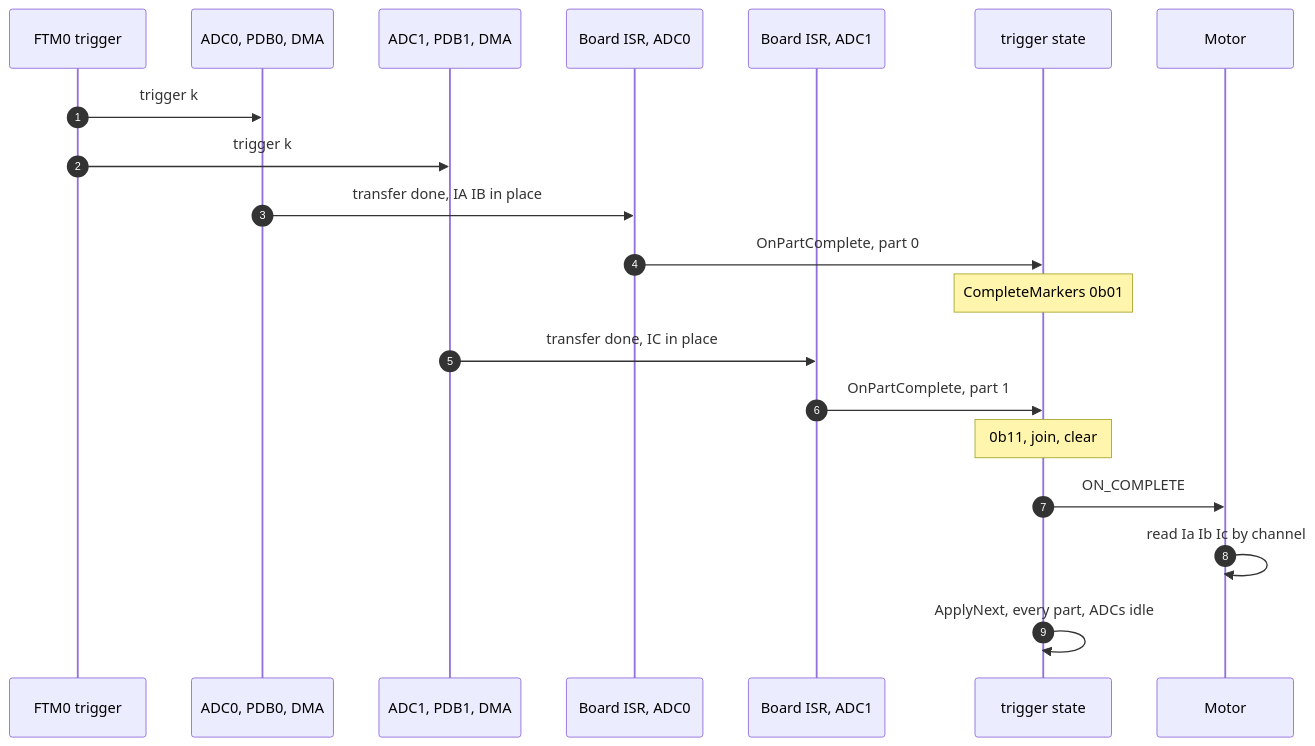
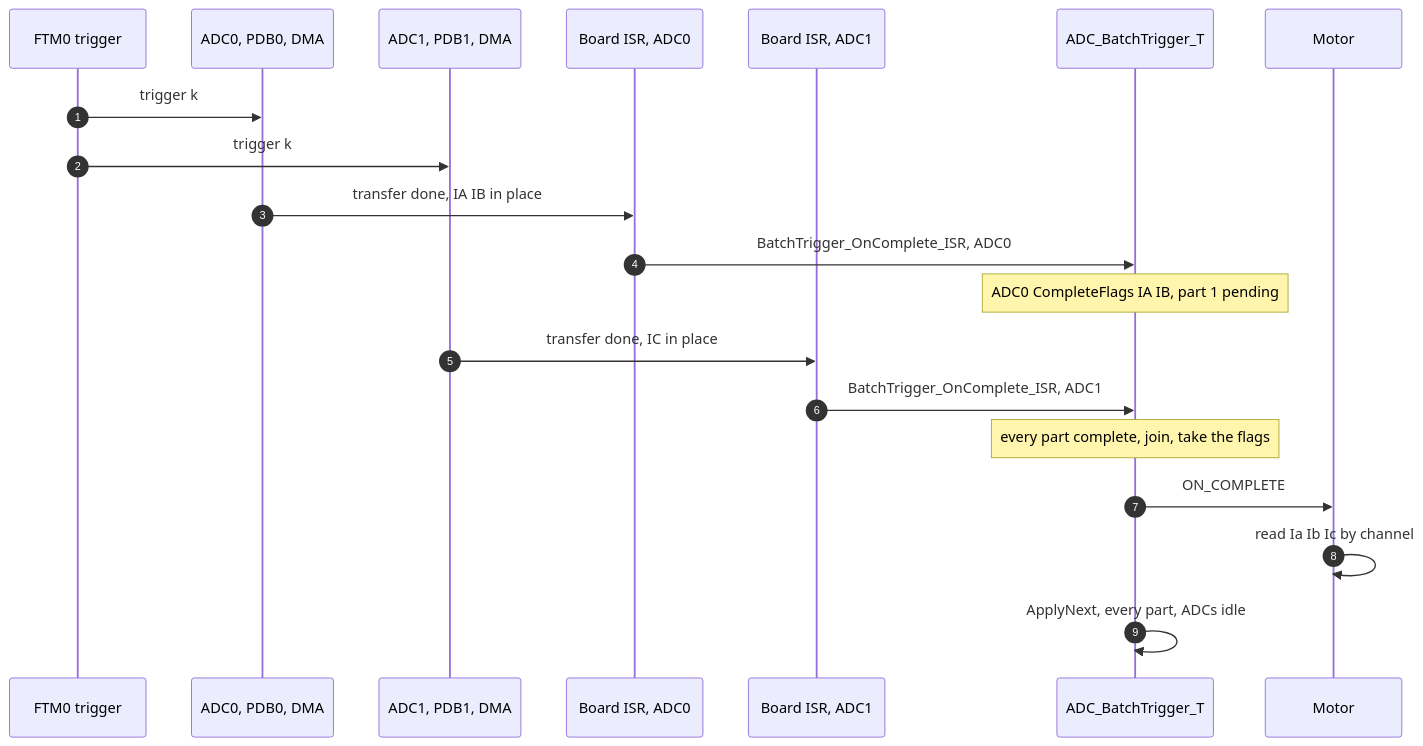
One commit to FireSourcery/FireSourcery_Library changed the sixth of 6 diagrams in Peripheral/ADC/Notes.md. Above: the diagram before and after it, drawn with Mermaid. The commit also changed other lines of this file and 47 other files, not shown here.

````diff
--- a/Peripheral/ADC/Notes.md
+++ b/Peripheral/ADC/Notes.md
@@ -338,23 +349,23 @@
 ```mermaid
 sequenceDiagram
     autonumber
     participant PWM as FTM0 trigger
     participant X0 as ADC0, PDB0, DMA
     participant X1 as ADC1, PDB1, DMA
     participant D0 as Board ISR, ADC0
     participant D1 as Board ISR, ADC1
-    participant B as trigger state
+    participant B as ADC_BatchTrigger_T
     participant M as Motor
 
     PWM->>X0: trigger k
     PWM->>X1: trigger k
     X0->>D0: transfer done, IA IB in place
-    D0->>B: OnPartComplete, part 0
-    Note over B: CompleteMarkers 0b01
+    D0->>B: BatchTrigger_OnComplete_ISR, ADC0
+    Note over B: ADC0 CompleteFlags IA IB, part 1 pending
     X1->>D1: transfer done, IC in place
-    D1->>B: OnPartComplete, part 1
-    Note over B: 0b11, join, clear
+    D1->>B: BatchTrigger_OnComplete_ISR, ADC1
+    Note over B: every part complete, join, take the flags
     B->>M: ON_COMPLETE
     M->>M: read Ia Ib Ic by channel
     B->>B: ApplyNext, every part, ADCs idle
 ```
````
